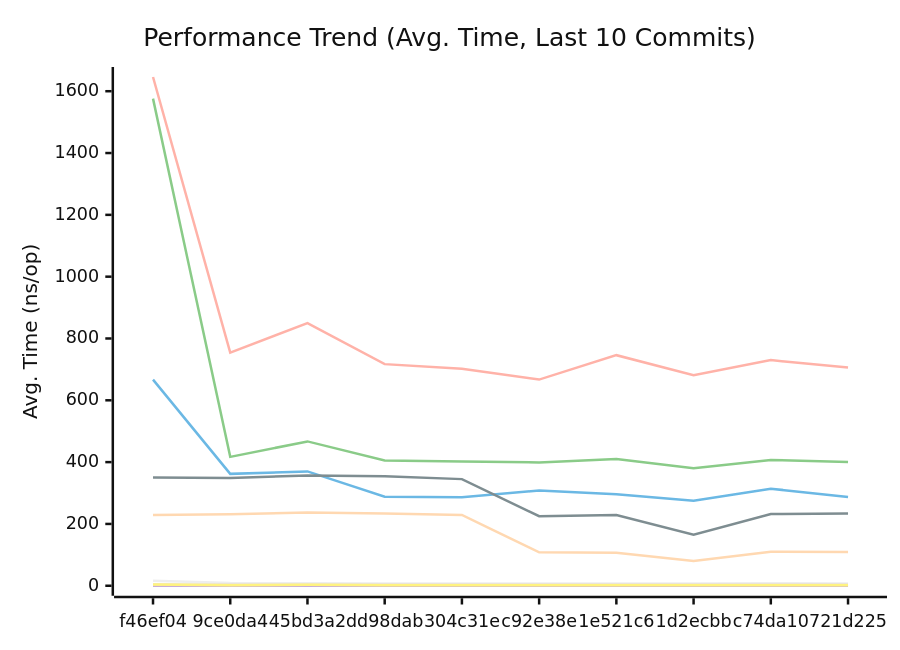
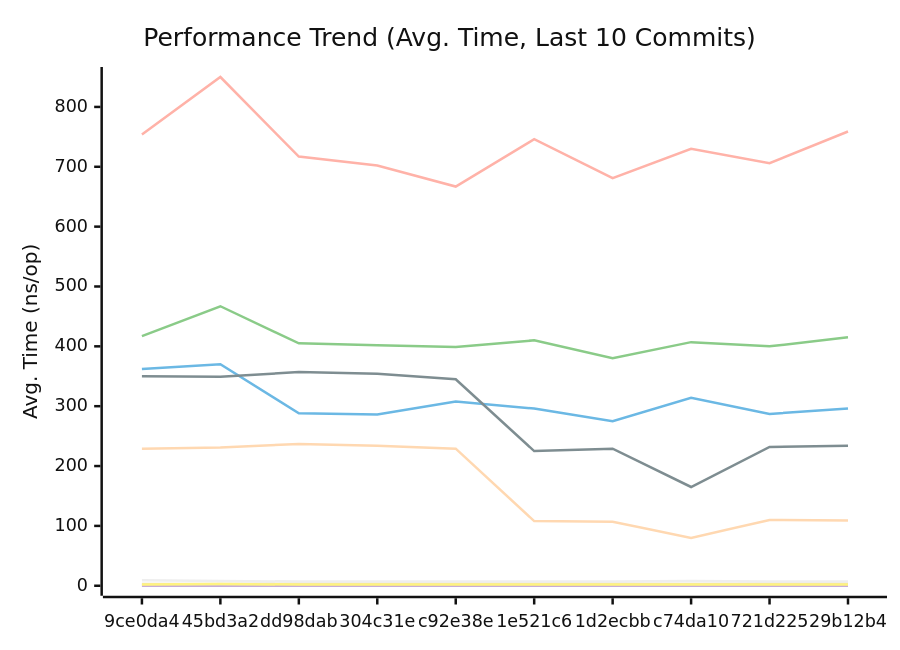
The first of 3 diagrams in docs/PERFORMANCE.md (alsotoes/momo), drawn with Mermaid (neutral theme) before and after one commit. The commit also changed other lines of this file and 2 other files, not shown here.

````diff
--- a/docs/PERFORMANCE.md
+++ b/docs/PERFORMANCE.md
@@ -80,16 +80,16 @@
 ```mermaid
 xychart-beta
     title "Performance Trend (Avg. Time, Last 10 Commits)"
     x-axis "Commit"
     y-axis "Avg. Time (ns/op)"
-    x-axis [f46ef04,9ce0da4,45bd3a2,dd98dab,304c31e,c92e38e,1e521c6,1d2ecbb,c74da10,721d225]
-    line "CheckMetricsAndSwap" [16,9,8,7,7,7,7,7,8,7]
-    line "CrushOptimized" [667,362,370,288,286,308,296,275,314,287]
-    line "CrushOriginal" [1576,417,467,405,402,399,410,380,407,400]
+    x-axis [9ce0da4,45bd3a2,dd98dab,304c31e,c92e38e,1e521c6,1d2ecbb,c74da10,721d225,29b12b4]
+    line "CheckMetricsAndSwap" [9,8,7,7,7,7,7,8,7,7]
+    line "CrushOptimized" [362,370,288,286,308,296,275,314,287,296]
+    line "CrushOriginal" [417,467,405,402,399,410,380,407,400,415]
     line "IndexDirectTracking" [0,0,0,0,0,0,0,0,0,0]
-    line "IndexSearch" [4,3,3,3,3,3,3,3,3,3]
-    line "LoadGlobalConfig" [1646,754,850,717,702,667,746,681,730,706]
-    line "PadString" [4,2,3,2,2,2,2,2,2,2]
+    line "IndexSearch" [3,3,3,3,3,3,3,3,3,3]
+    line "LoadGlobalConfig" [754,850,717,702,667,746,681,730,706,759]
+    line "PadString" [2,3,2,2,2,2,2,2,2,2]
     line "ParseReplicationOrder_NoPrealloc" [350,349,357,354,345,225,229,165,232,234]
     line "ParseReplicationOrder_Prealloc" [229,231,237,234,229,108,107,80,110,109]
 ```
````
